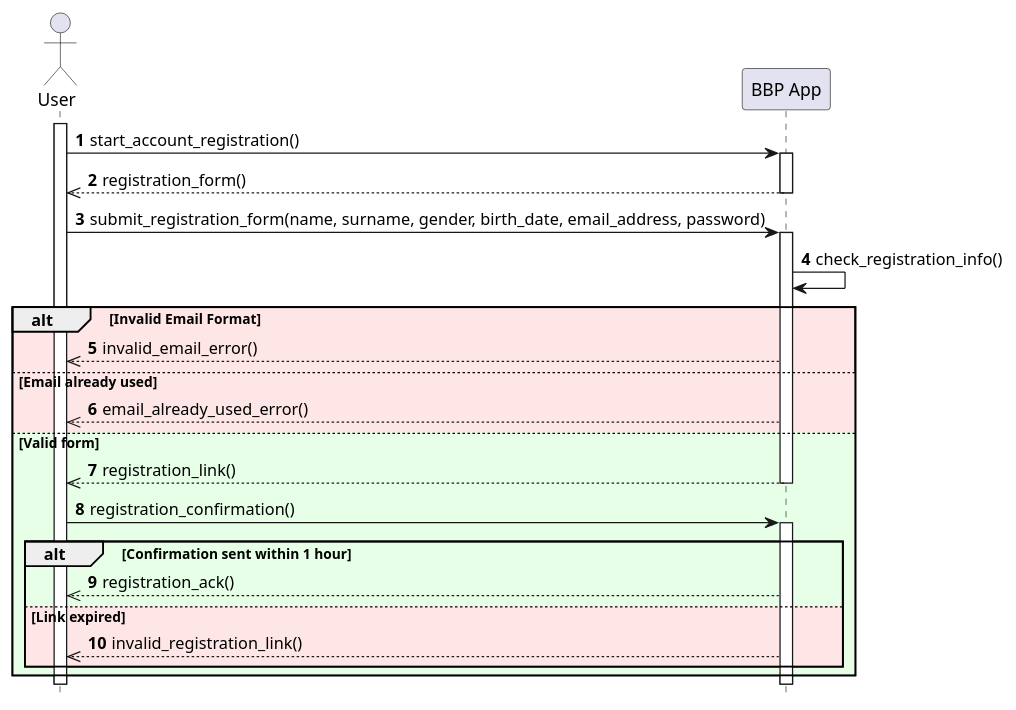
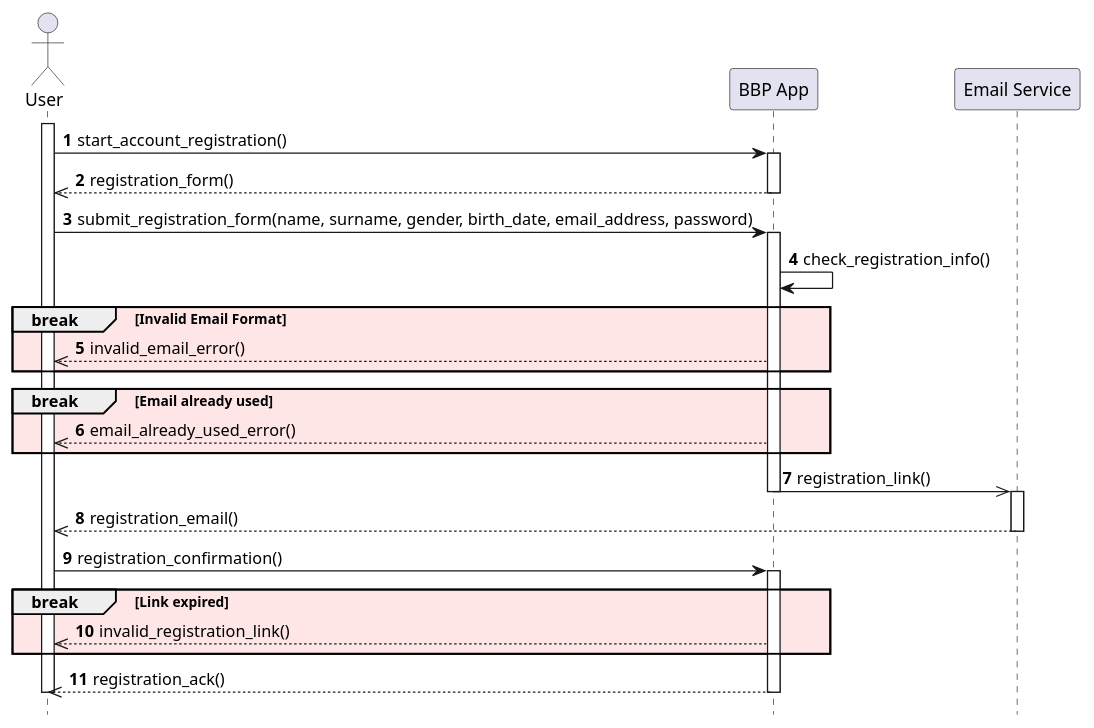
One commit to Guflie/PoliMi-SWE2-RDD-project changed the diagram in diagrams/RASD/sequence diagram/UC1_sequence_diagram.puml. Above: the diagram before and after it, drawn with PlantUML. The commit also changed 19 other files, not shown here.

```diff
--- a/diagrams/RASD/sequence diagram/UC1_sequence_diagram.puml
+++ b/diagrams/RASD/sequence diagram/UC1_sequence_diagram.puml
@@ -1,44 +1,44 @@
 @startuml uc1_sequence_diagram
 hide footbox
 
 actor User
 participant "BBP App" as App
+participant "Email Service" as em
 
 autonumber
 
 activate User
 
 User -> App : start_account_registration()
 
 activate App
 App -->> User : registration_form()
 deactivate App
 
 User -> App : submit_registration_form(name, surname, gender, birth_date, email_address, password)
 activate App
 App -> App : check_registration_info()
 
-alt #ffe6e6 Invalid Email Format
+break #ffe6e6 Invalid Email Format
     App -->> User : invalid_email_error()
-
-else #ffe6e6 Email already used
+end
+break #ffe6e6 Email already used
     App -->> User : email_already_used_error()
-
-else #e6ffe6 Valid form
-    App -->> User : registration_link()
+end
+App ->> em : registration_link()
 deactivate App
-
+activate em
+em -->> User : registration_email()
+deactivate em
 User -> App : registration_confirmation()
 activate App
-    alt #e6ffe6 Confirmation sent within 1 hour
-        App -->> User : registration_ack()
+break #ffe6e6 Link expired
+    App -->> User : invalid_registration_link()
+
+end
+ App -->> User : registration_ack()
     
-    else #ffe6e6 Link expired
-        App -->> User : invalid_registration_link()
-
-    end
-end
 deactivate App
 
 deactivate User
 @enduml
```
